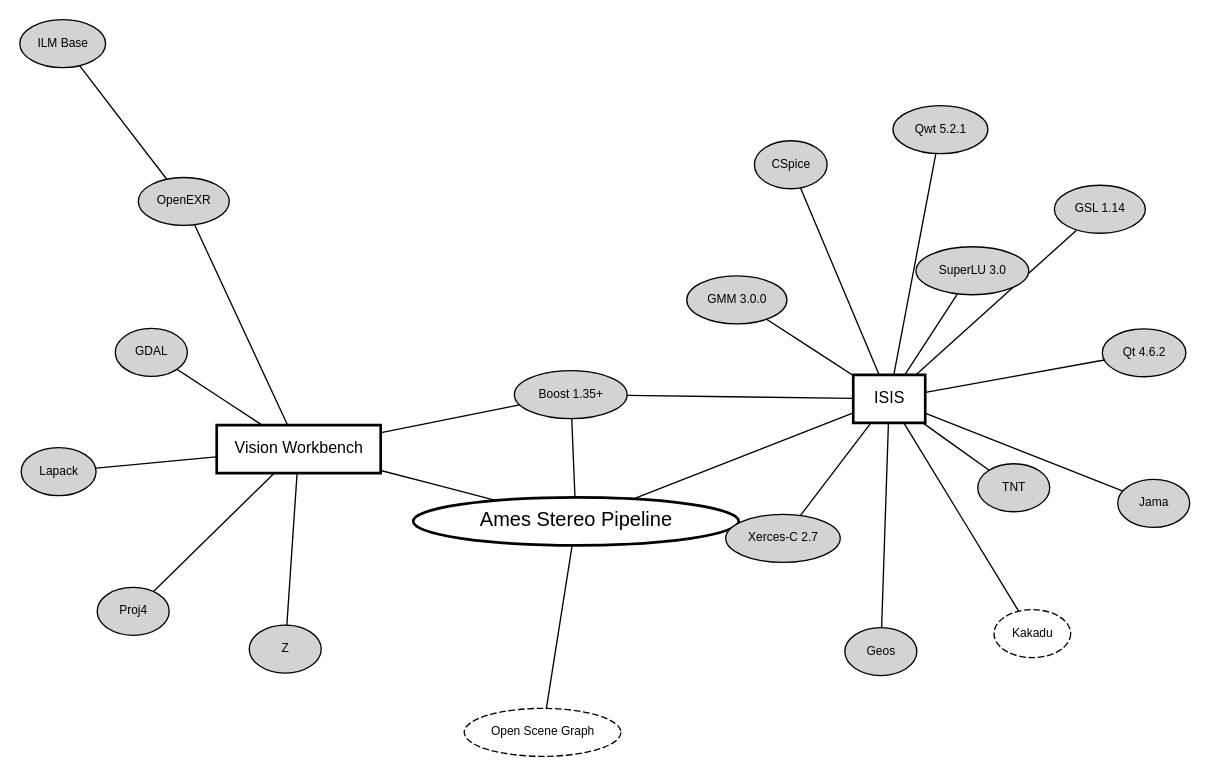
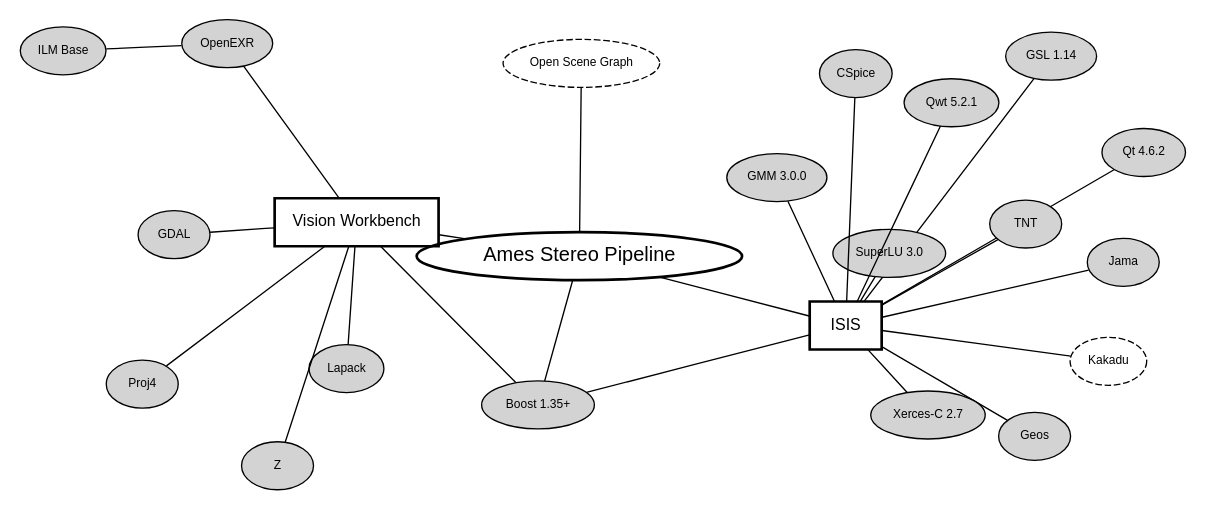
The diagram in docs/book/graph/asp_deps.dot (NeoGeographyToolkit/StereoPipeline), drawn with Graphviz before and after one commit.

Commit message:
spread out the nodes more

```diff
--- a/docs/book/graph/asp_deps.dot
+++ b/docs/book/graph/asp_deps.dot
@@ -1,58 +1,59 @@
 graph g {
 
 layout="sfdp";
 //maxiter=1000000000;
 //overlap=false;
 mode="KK";
 //defaultdist=5;
 //normalize=true;
 //Damping=0.6;
 pad=0.1;
+K=1.5
 
 
 node [fontname="Helvetica"];
 // ASP
 node [fontsize=15,shape=ellipse,style=bold];
 "Ames Stereo Pipeline";
 // Important Nodes
 node [fontsize=12,shape=box,style=bold];
 "Vision Workbench"; "ISIS";
 // Minor Nodes
 node [fontsize=9,shape=ellipse,style=filled];
 "GDAL"; "OpenEXR"; "Lapack"; "Boost 1.35+";"Qt 4.6.2";
 "Jama"; "TNT"; "GSL 1.14"; "GMM 3.0.0"; "Proj4";
 "SuperLU 3.0"; "CSpice"; "Qwt 5.2.1"; "Geos"; "Z";
 "Xerces-C 2.7"; "ILM Base";
 
 // Optional Nodes
 node [fontsize=9,style=dashed]; "Open Scene Graph";
 "Kakadu";
 
 
 "Vision Workbench" -- "Ames Stereo Pipeline"
 "Open Scene Graph" -- "Ames Stereo Pipeline"
 "ISIS" -- "Ames Stereo Pipeline"
 "Boost 1.35+" -- "Ames Stereo Pipeline"
 
 "GDAL" -- "Vision Workbench"
 "OpenEXR" -- "Vision Workbench";
 "ILM Base" -- "OpenEXR";
 "Lapack" -- "Vision Workbench";
 "Boost 1.35+" -- "Vision Workbench";
 "Proj4" -- "Vision Workbench";
 "Z" -- "Vision Workbench";
 
 "Qt 4.6.2" -- "ISIS";
 "Jama" -- "ISIS";
 "Boost 1.35+" -- "ISIS";
 "TNT" -- "ISIS";
 "GSL 1.14" -- "ISIS";
 "GMM 3.0.0" -- "ISIS";
 "SuperLU 3.0" -- "ISIS";
 "CSpice" -- "ISIS";
 "Qwt 5.2.1" -- "ISIS";
 "Xerces-C 2.7" -- "ISIS";
 "Kakadu" -- "ISIS";
 "Geos" -- "ISIS";
 
 }
```
